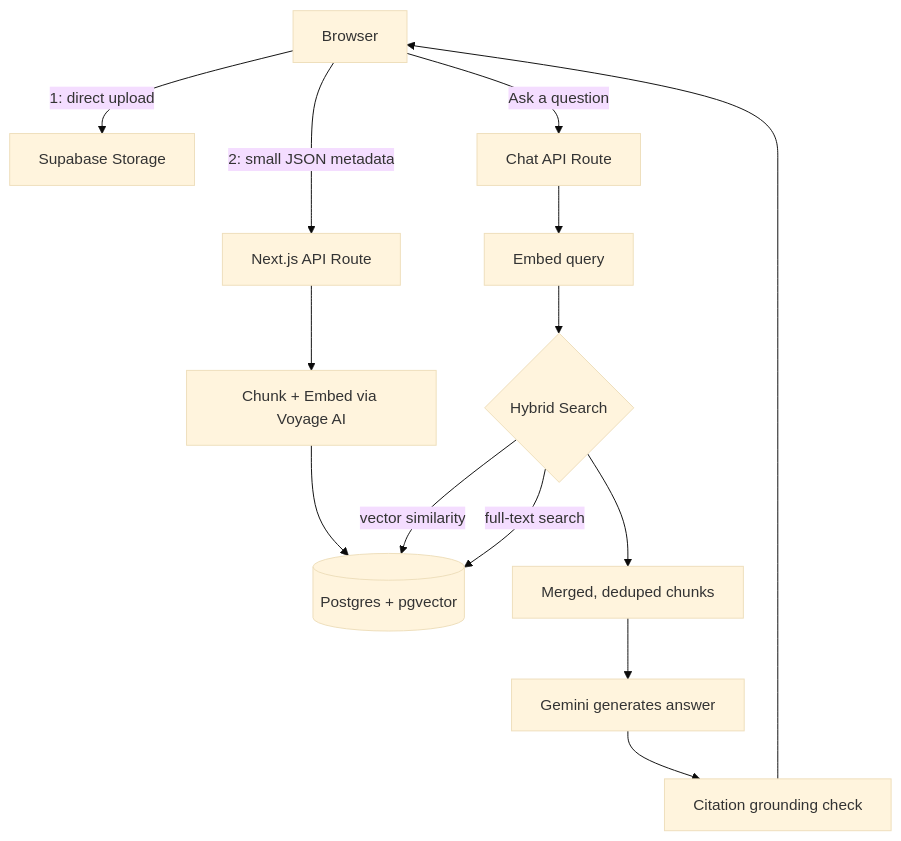
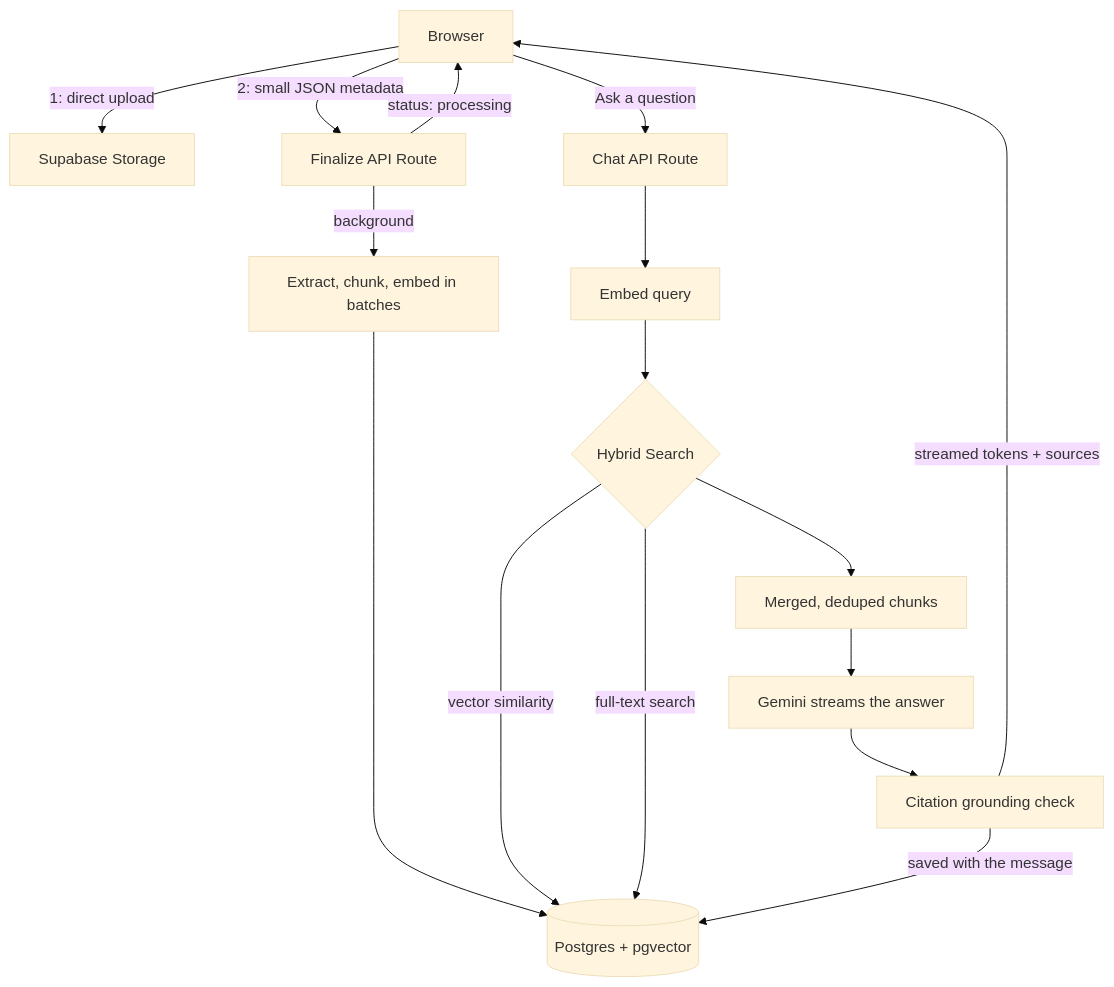
The diagram in README.md (mKs2609/rag-assistant), drawn with Mermaid (base theme) before and after one commit. The commit also changed other lines of this file, not shown here.

````diff
--- a/README.md
+++ b/README.md
@@ -48,16 +57,19 @@
 ```mermaid
 flowchart TD
     A[Browser] -->|1: direct upload| B[Supabase Storage]
-    A -->|2: small JSON metadata| C[Next.js API Route]
-    C --> D[Chunk + Embed via Voyage AI]
+    A -->|2: small JSON metadata| C[Finalize API Route]
+    C -->|background| D[Extract, chunk, embed in batches]
     D --> E[(Postgres + pgvector)]
+    C -->|status: processing| A
+
     A -->|Ask a question| F[Chat API Route]
     F --> G[Embed query]
     G --> H{Hybrid Search}
     H -->|vector similarity| E
     H -->|full-text search| E
     H --> I[Merged, deduped chunks]
-    I --> J[Gemini generates answer]
+    I --> J[Gemini streams the answer]
     J --> K[Citation grounding check]
-    K --> A
+    K -->|saved with the message| E
+    K -->|streamed tokens + sources| A
 ```
````
